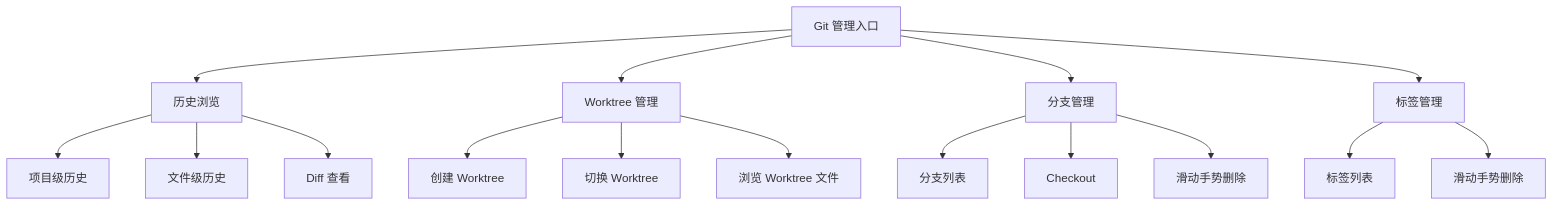
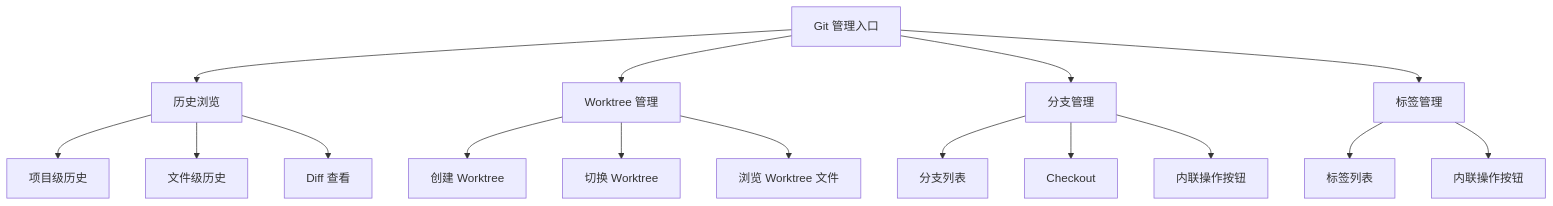
Before and after one commit to clawbench-dev/clawbench: the first of 2 diagrams in docs/spec/features/git-management.md, drawn with Mermaid. The commit also changed other lines of this file and 9 other files, not shown here.

````diff
--- a/docs/spec/features/git-management.md
+++ b/docs/spec/features/git-management.md
@@ -9,22 +9,22 @@
 ```mermaid
 flowchart TD
     A[Git 管理入口] --> B[历史浏览]
     A --> C[Worktree 管理]
     A --> D[分支管理]
     A --> E[标签管理]
 
     B --> B1[项目级历史]
     B --> B2[文件级历史]
     B --> B3[Diff 查看]
 
     C --> C1[创建 Worktree]
     C --> C2[切换 Worktree]
     C --> C3[浏览 Worktree 文件]
 
     D --> D1[分支列表]
     D --> D2[Checkout]
-    D --> D3[滑动手势删除]
+    D --> D3[内联操作按钮]
 
     E --> E1[标签列表]
-    E --> E2[滑动手势删除]
+    E --> E2[内联操作按钮]
 ```
````
